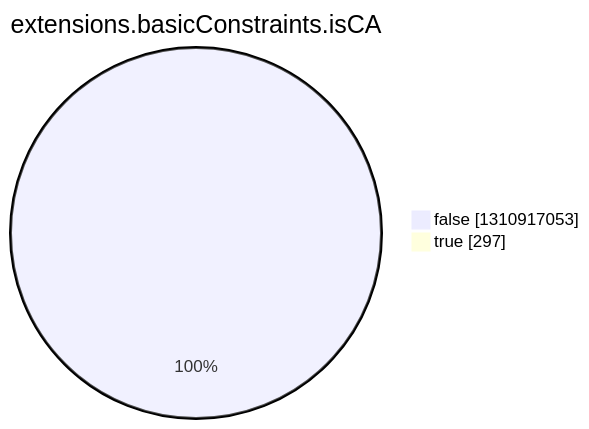
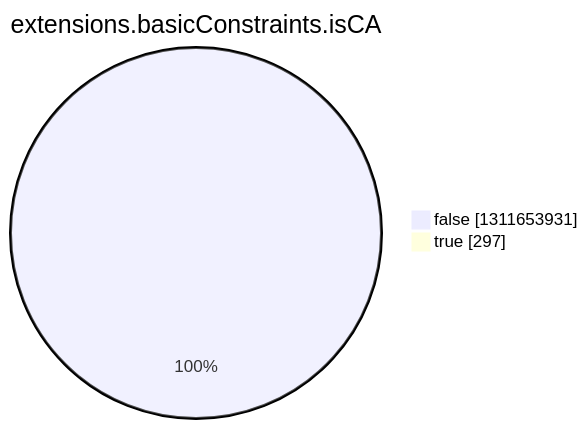
The eighth of 15 diagrams in argon2022/README.md (christiankrug/ctmonitor_visualization), drawn with Mermaid before and after one commit. The commit also changed other lines of this file, not shown here.

````diff
--- a/argon2022/README.md
+++ b/argon2022/README.md
@@ -2758,6 +2758,6 @@
 ```mermaid
 pie showData
 title extensions.basicConstraints.isCA
-"false" :1310917053
+"false" :1311653931
 "true" :297
 ```
````
